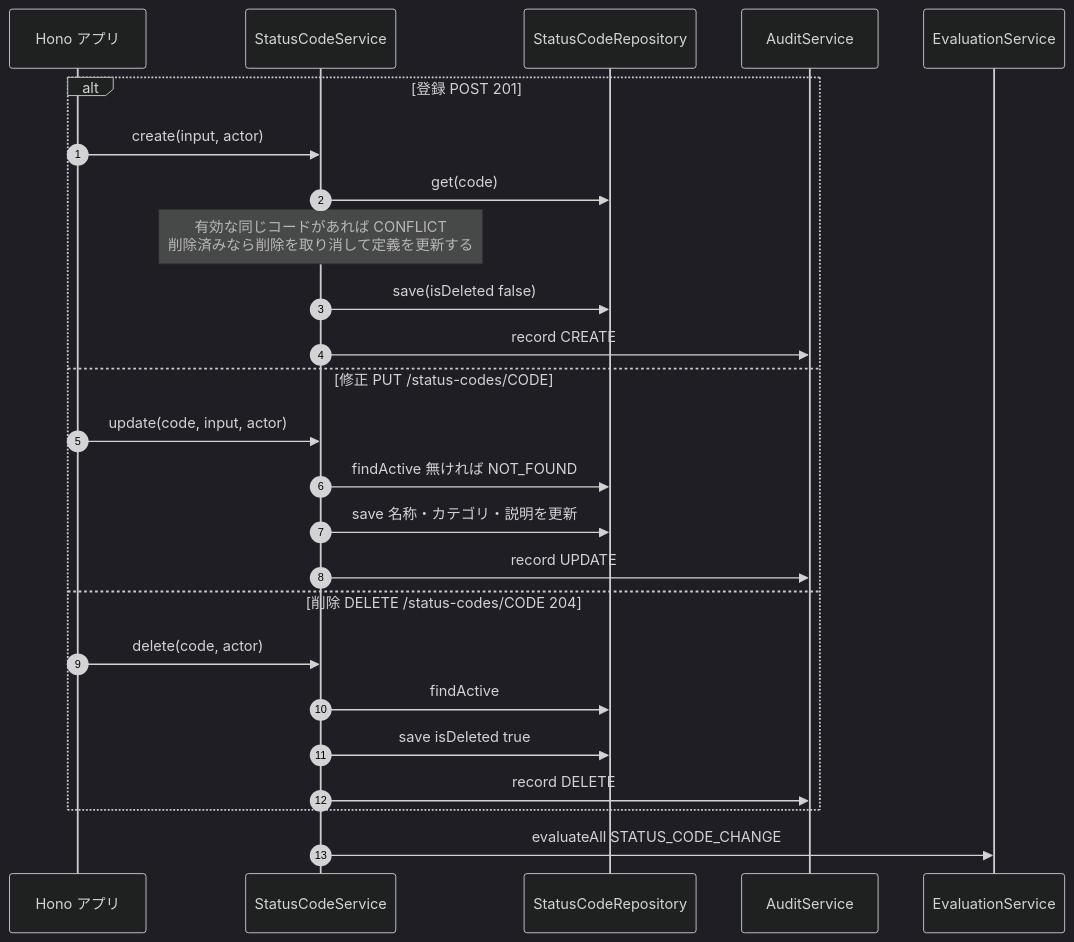
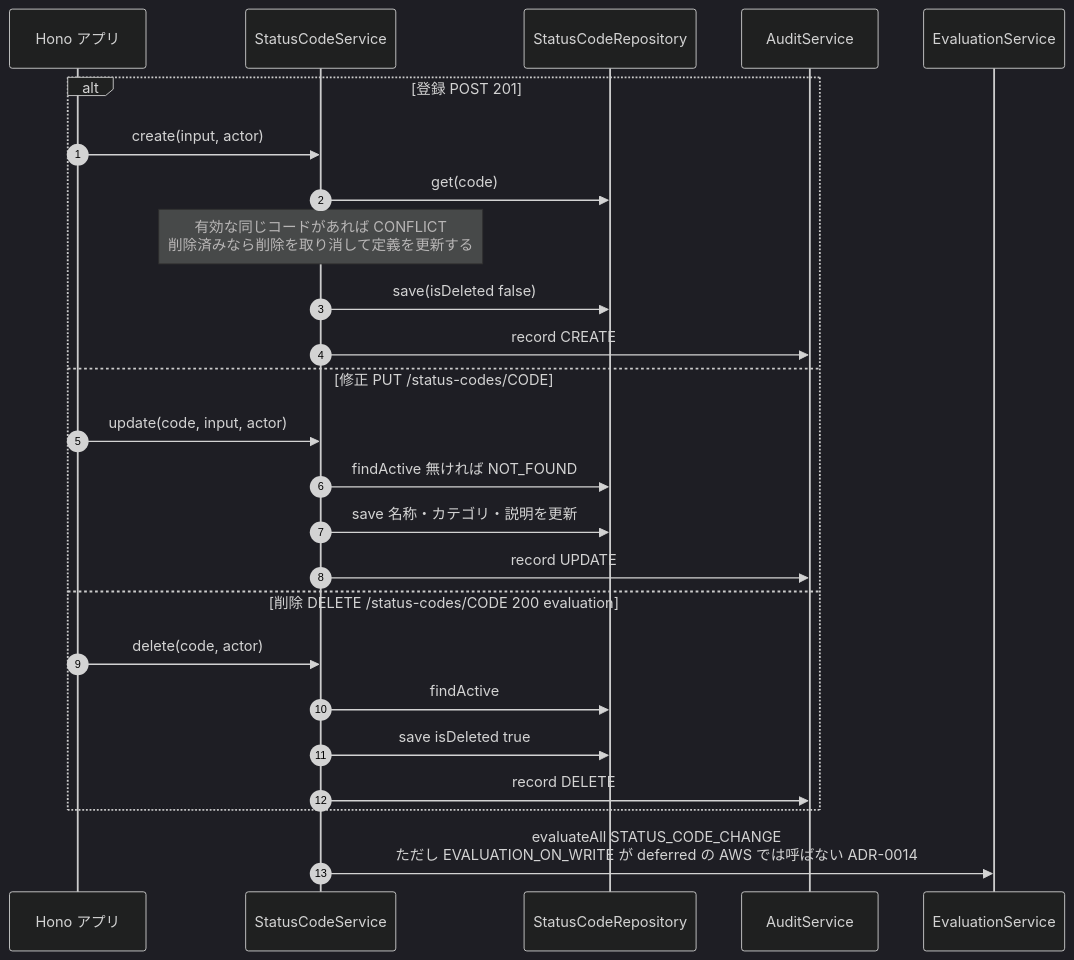
Before and after one commit to NS-APU/smart-farm-monitoring: diagram 18 of 47 in docs/10_design/architecture/as-built.md, drawn with Mermaid (dark theme). The commit also changed other lines of this file and 7 other files, not shown here.

````diff
--- a/docs/10_design/architecture/as-built.md
+++ b/docs/10_design/architecture/as-built.md
@@ -1466,28 +1466,28 @@
 ```mermaid
 sequenceDiagram
   autonumber
   participant APP as Hono アプリ
   participant SS as StatusCodeService
   participant REP as StatusCodeRepository
   participant AU as AuditService
   participant EV as EvaluationService
 
   alt 登録 POST 201
     APP->>SS: create(input, actor)
     SS->>REP: get(code)
     Note over SS: 有効な同じコードがあれば CONFLICT<br>削除済みなら削除を取り消して定義を更新する
     SS->>REP: save(isDeleted false)
     SS->>AU: record CREATE
   else 修正 PUT /status-codes/CODE
     APP->>SS: update(code, input, actor)
     SS->>REP: findActive 無ければ NOT_FOUND
     SS->>REP: save 名称・カテゴリ・説明を更新
     SS->>AU: record UPDATE
-  else 削除 DELETE /status-codes/CODE 204
+  else 削除 DELETE /status-codes/CODE 200 evaluation
     APP->>SS: delete(code, actor)
     SS->>REP: findActive
     SS->>REP: save isDeleted true
     SS->>AU: record DELETE
   end
-  SS->>EV: evaluateAll STATUS_CODE_CHANGE
+  SS->>EV: evaluateAll STATUS_CODE_CHANGE<br>ただし EVALUATION_ON_WRITE が deferred の AWS では呼ばない ADR-0014
 ```
````
